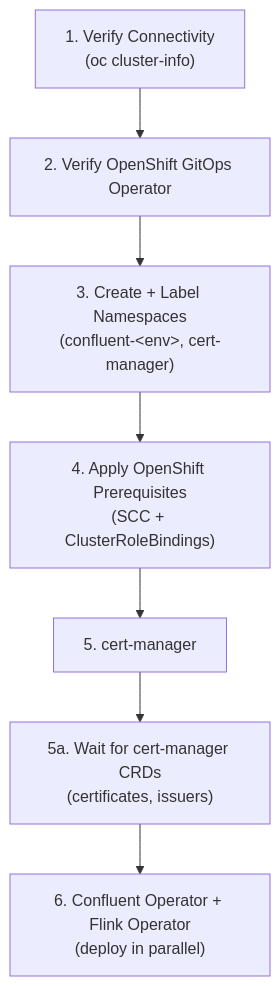
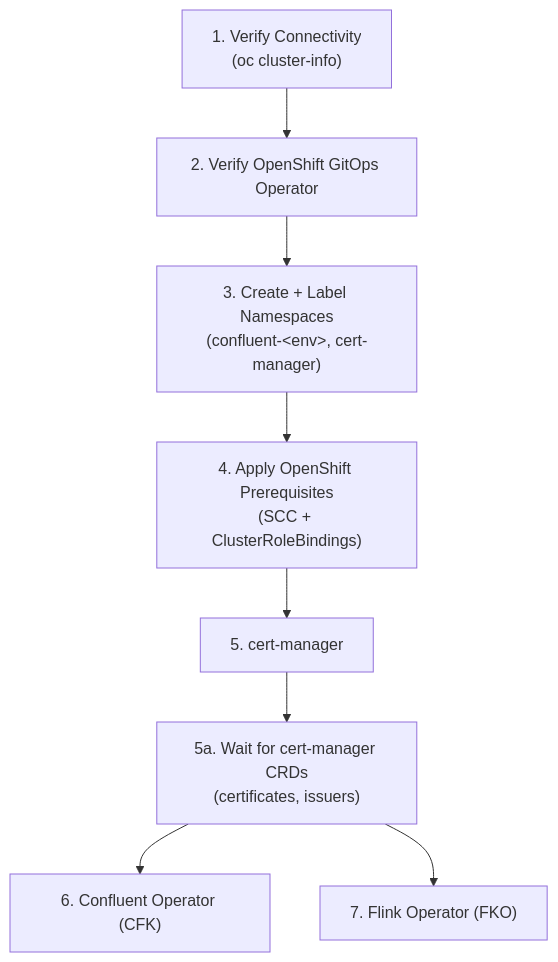
The third of 3 diagrams in README-PHASE-I.md (aadmassu/flink-on-k8s-with-cp), drawn with Mermaid before and after one commit. The commit also changed other lines of this file, not shown here.

Commit message:
Split Step 6 into separate CFK and FKO deployment guides

````diff
--- a/README-PHASE-I.md
+++ b/README-PHASE-I.md
@@ -145,12 +146,13 @@
 ```mermaid
 flowchart TD
     step1["1. Verify Connectivity<br>(oc cluster-info)"]
     step2["2. Verify OpenShift GitOps Operator"]
     step3["3. Create + Label Namespaces<br>(confluent-&lt;env&gt;, cert-manager)"]
     step4["4. Apply OpenShift Prerequisites<br>(SCC + ClusterRoleBindings)"]
     step5["5. cert-manager"]
     step5a["5a. Wait for cert-manager CRDs<br>(certificates, issuers)"]
-    step6["6. Confluent Operator + Flink Operator<br>(deploy in parallel)"]
+    step6["6. Confluent Operator (CFK)"]
+    step7["7. Flink Operator (FKO)"]
 
-    step1 --> step2 --> step3 --> step4 --> step5 --> step5a --> step6
+    step1 --> step2 --> step3 --> step4 --> step5 --> step5a --> step6 & step7
 ```
````
